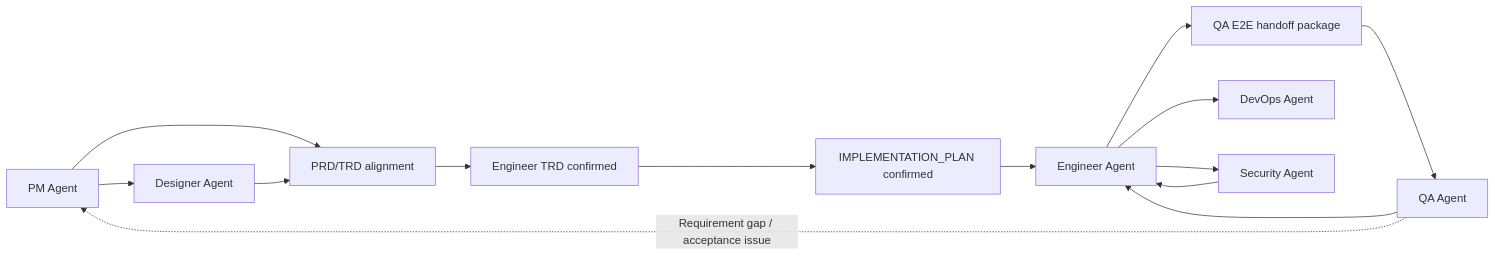
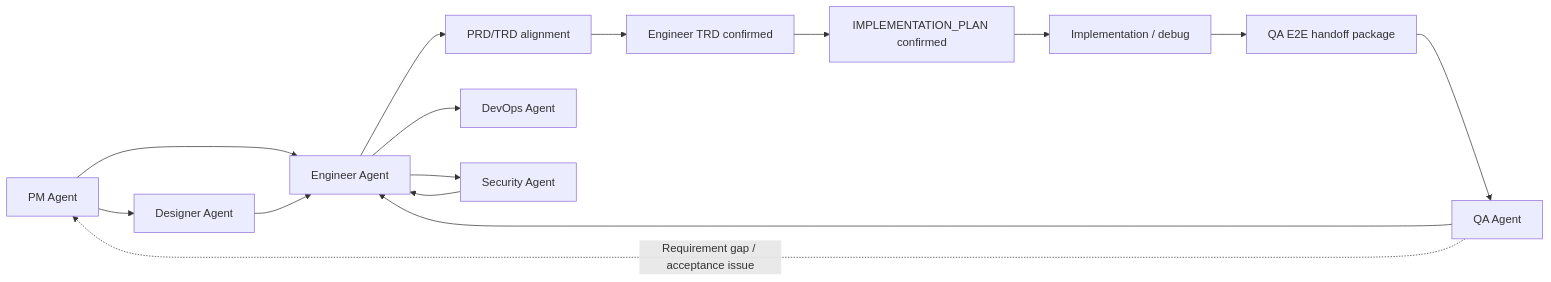
The diagram in README.md (Neplich/dev-agent-skills), drawn with Mermaid before and after one commit. The commit also changed other lines of this file and 2 other files, not shown here.

Commit message:
docs: 修正 README 协作流程图入口
修复 review 指出的流程方向问题：Engineer Agent 先接收 PM/Designer 入口，再展开 PRD/TRD 对齐、TRD 确认、实施计划确认和 QA E2E handoff。同步更新中英文 README 和实施计划目标图。

````diff
--- a/README.md
+++ b/README.md
@@ -52,16 +52,17 @@
 ```mermaid
 flowchart LR
     PM["PM Agent"] --> Designer["Designer Agent"]
-    PM --> Align["PRD/TRD alignment"]
-    Designer --> Align
+    PM --> Engineer["Engineer Agent"]
+    Designer --> Engineer
+    Engineer --> Align["PRD/TRD alignment"]
     Align --> TRD["Engineer TRD confirmed"]
     TRD --> Plan["IMPLEMENTATION_PLAN confirmed"]
-    Plan --> Engineer["Engineer Agent"]
-    Engineer --> QAHandOff["QA E2E handoff package"]
+    Plan --> Impl["Implementation / debug"]
+    Impl --> QAHandOff["QA E2E handoff package"]
     QAHandOff --> QA["QA Agent"]
     QA --> Engineer
     QA -. "Requirement gap / acceptance issue" .-> PM
     Engineer --> DevOps["DevOps Agent"]
     Engineer --> Security["Security Agent"]
     Security --> Engineer
 ```
````
